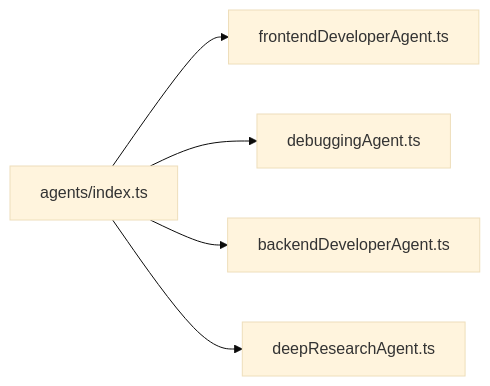
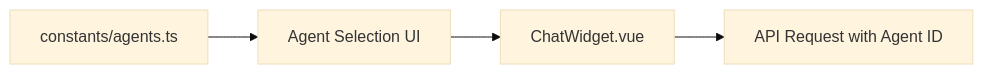
Before and after one commit to cuongbuoi/retro-ai-agent: the third of 8 diagrams in memory-bank/systemPatterns.md, drawn with Mermaid (base theme). The commit also changed other lines of this file and 40 other files, not shown here.

````diff
--- a/memory-bank/systemPatterns.md
+++ b/memory-bank/systemPatterns.md
@@ -38,7 +39,6 @@
 ```mermaid
 flowchart LR
-    AgentIndex[agents/index.ts] --> Agent1[frontendDeveloperAgent.ts]
-    AgentIndex --> Agent2[debuggingAgent.ts]
-    AgentIndex --> Agent3[backendDeveloperAgent.ts]
-    AgentIndex --> Agent4[deepResearchAgent.ts]
+    AgentsTS[constants/agents.ts] --> AgentSelectors[Agent Selection UI]
+    AgentSelectors --> ChatWidget[ChatWidget.vue]
+    ChatWidget --> APIRequest[API Request with Agent ID]
 ```
````
